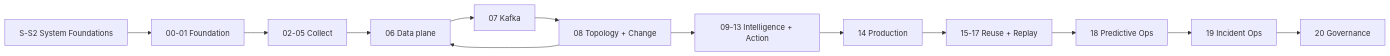
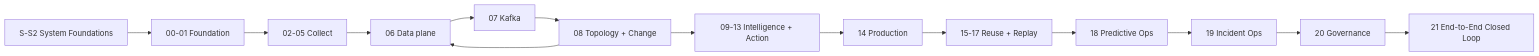
Before and after one commit to XUanhoa04/aiops-engineering-handbook: the diagram in docs/index.md, drawn with Mermaid. The commit also changed other lines of this file and 4 other files, not shown here.

````diff
--- a/docs/index.md
+++ b/docs/index.md
@@ -26,15 +26,16 @@
 ```mermaid
 graph LR
     SF[S-S2 System Foundations] --> A[00-01 Foundation]
     A --> B[02-05 Collect]
     B --> C[06 Data plane]
     C --> D[07 Kafka]
     D --> H[08 Topology + Change]
     H --> E[09-13 Intelligence + Action]
     E --> F[14 Production]
     F --> G[15-17 Reuse + Replay]
     G --> I[18 Predictive Ops]
     I --> J[19 Incident Ops]
     J --> K[20 Governance]
+    K --> L[21 End-to-End Closed Loop]
     H --> C
 ```
````
